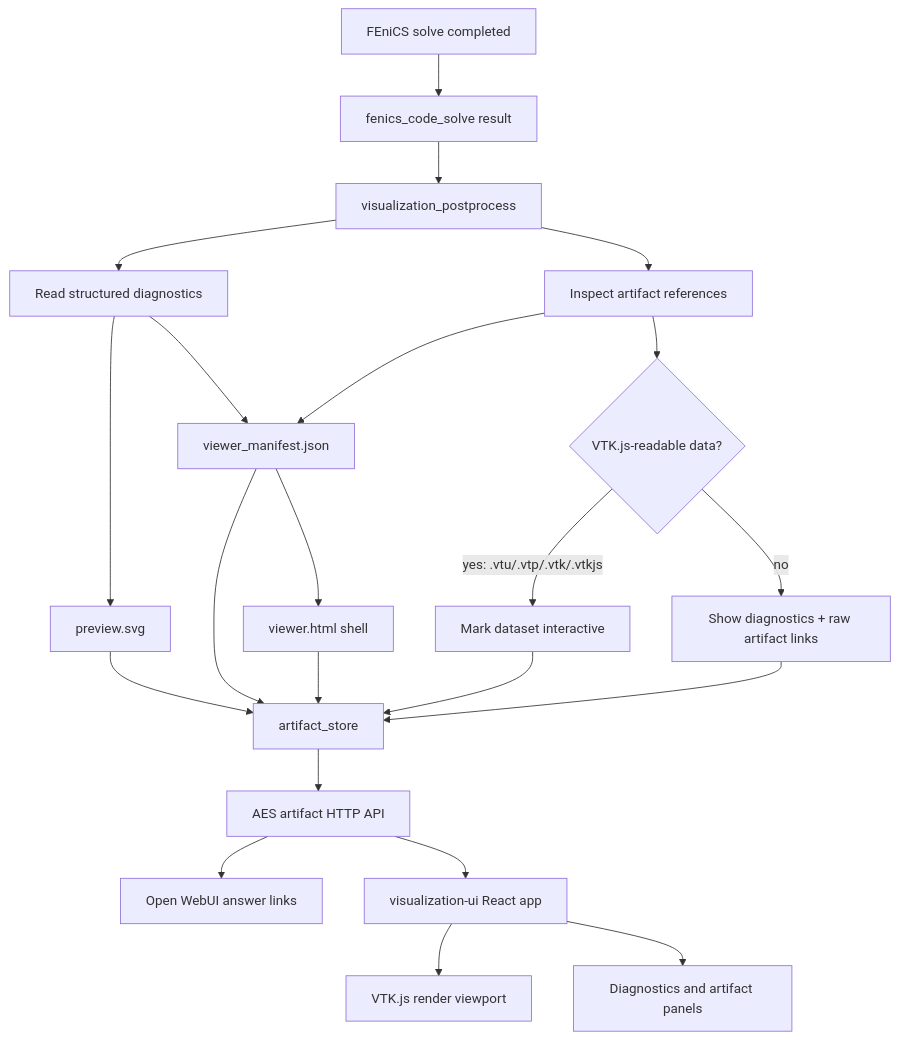
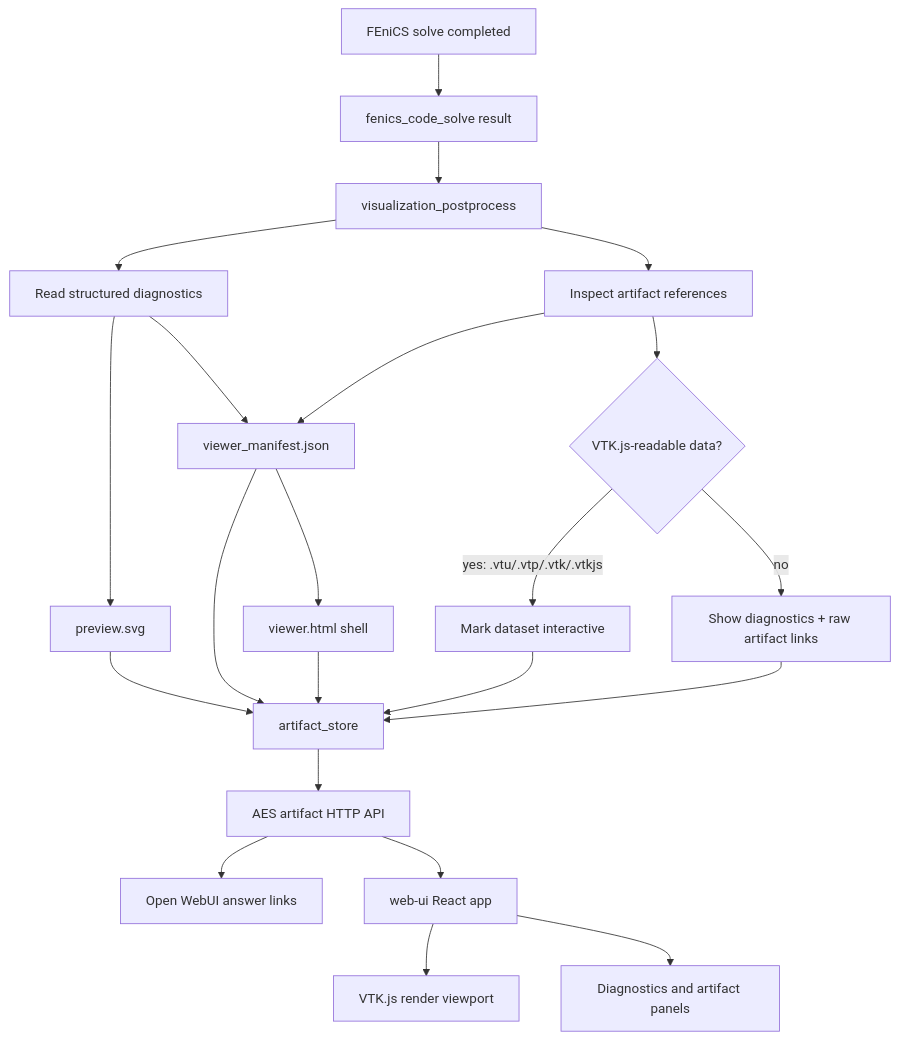
Before and after one commit to RadmirG/AES: the third of 4 diagrams in docs/architecture.md, drawn with Mermaid. The commit also changed other lines of this file and 32 other files, not shown here.

Commit message:
new openUI components as a web app

````diff
--- a/docs/architecture.md
+++ b/docs/architecture.md
@@ -205,29 +206,29 @@
 ```mermaid
 flowchart TD
     A["FEniCS solve completed"] --> B["fenics_code_solve result"]
     B --> C["visualization_postprocess"]
 
     C --> D["Read structured diagnostics"]
     C --> E["Inspect artifact references"]
 
     D --> F["preview.svg"]
     D --> G["viewer_manifest.json"]
     E --> G
     G --> H["viewer.html shell"]
 
     E --> I{"VTK.js-readable data?"}
     I -->|yes: .vtu/.vtp/.vtk/.vtkjs| J["Mark dataset interactive"]
     I -->|no| K["Show diagnostics + raw artifact links"]
 
     F --> L["artifact_store"]
     G --> L
     H --> L
     J --> L
     K --> L
 
     L --> M["AES artifact HTTP API"]
     M --> N["Open WebUI answer links"]
-    M --> O["visualization-ui React app"]
+    M --> O["web-ui React app"]
     O --> P["VTK.js render viewport"]
     O --> Q["Diagnostics and artifact panels"]
 ```
````
